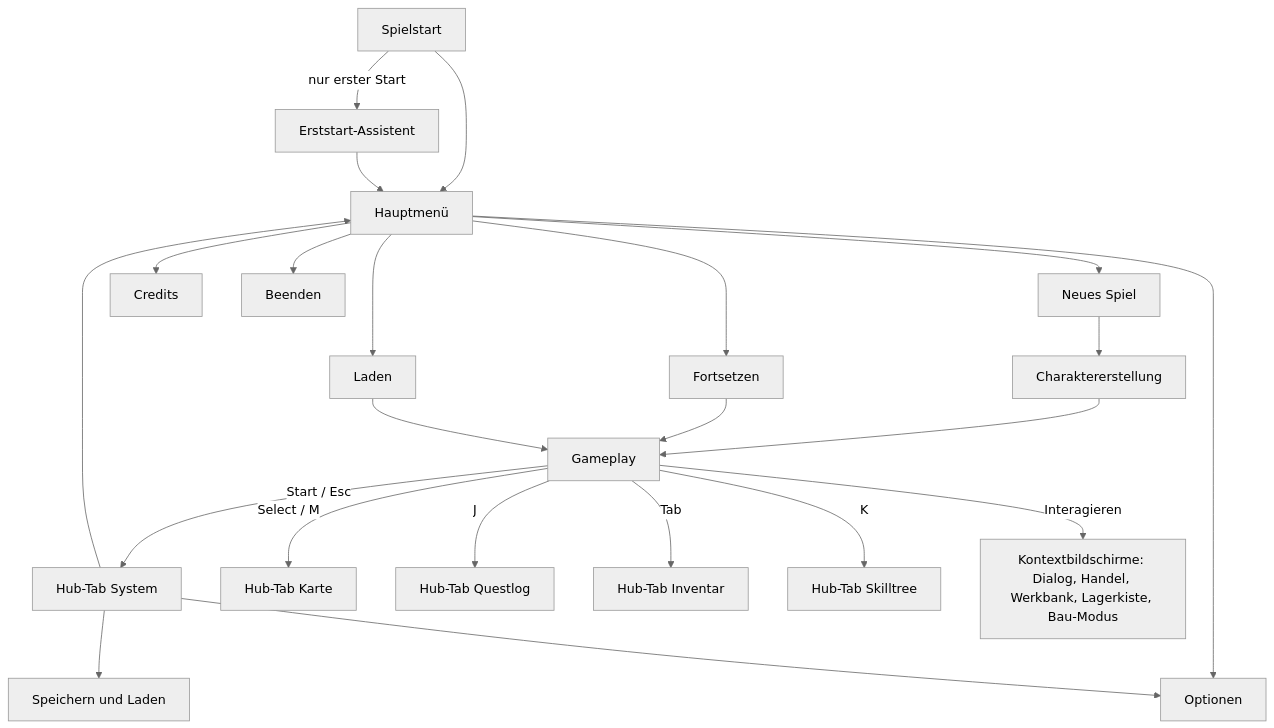
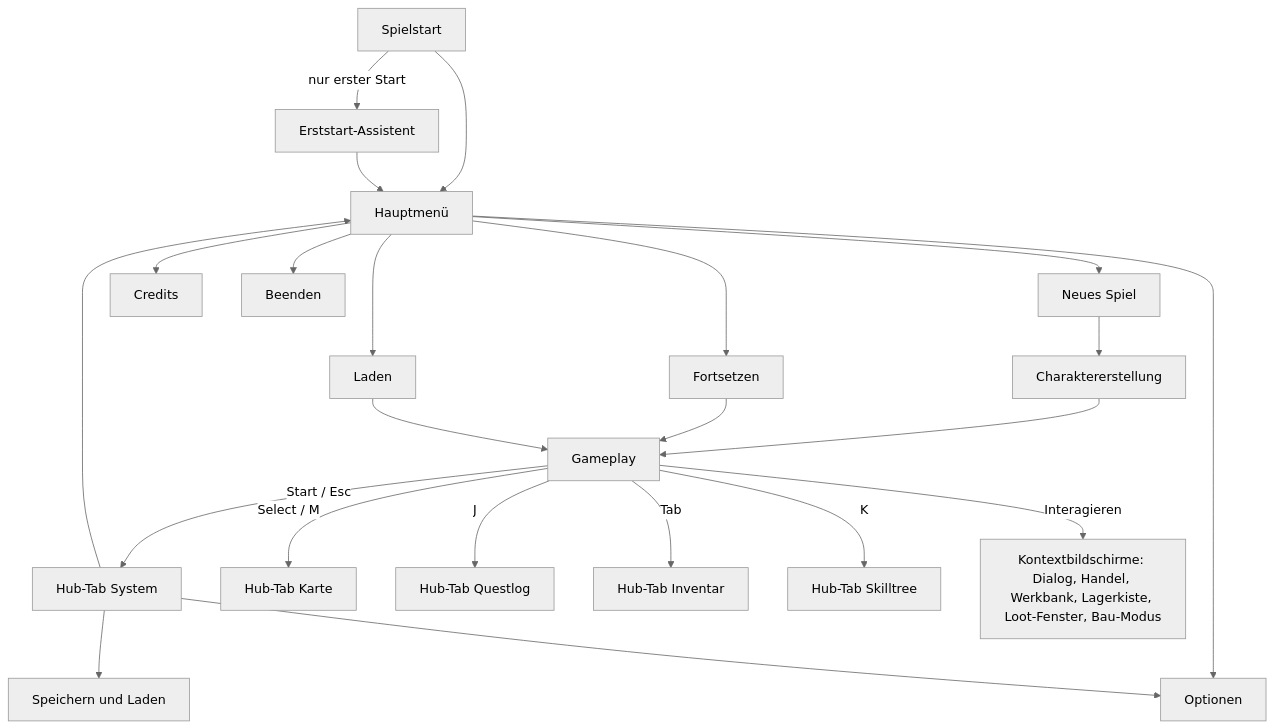
One commit to porcherliam-glitch/liam changed the first of 4 diagrams in docs/GDD/05_UI_Audio_Grafik_Barrierefreiheit.md. Above: the diagram before and after it, drawn with Mermaid (neutral theme). The commit also changed other lines of this file and 5 other files, not shown here.

````diff
--- a/docs/GDD/05_UI_Audio_Grafik_Barrierefreiheit.md
+++ b/docs/GDD/05_UI_Audio_Grafik_Barrierefreiheit.md
@@ -103,25 +106,25 @@
 ```mermaid
 flowchart TD
   BOOT["Spielstart"] -->|"nur erster Start"| EA["Erststart-Assistent"]
   BOOT --> HM["Hauptmenü"]
   EA --> HM
   HM --> NS["Neues Spiel"]
   NS --> CC["Charaktererstellung"]
   CC --> GP["Gameplay"]
   HM --> FS["Fortsetzen"]
   FS --> GP
   HM --> LD["Laden"]
   LD --> GP
   HM --> OP["Optionen"]
   HM --> CR["Credits"]
   HM --> EX["Beenden"]
   GP -->|"Start / Esc"| SYS["Hub-Tab System"]
   GP -->|"Select / M"| MAP["Hub-Tab Karte"]
   GP -->|"J"| QL["Hub-Tab Questlog"]
   GP -->|"Tab"| INV["Hub-Tab Inventar"]
   GP -->|"K"| SK["Hub-Tab Skilltree"]
-  GP -->|"Interagieren"| CTX["Kontextbildschirme: Dialog, Handel, Werkbank, Lagerkiste, Bau-Modus"]
+  GP -->|"Interagieren"| CTX["Kontextbildschirme: Dialog, Handel, Werkbank, Lagerkiste, Loot-Fenster, Bau-Modus"]
   SYS --> SL["Speichern und Laden"]
   SYS --> OP
   SYS --> HM
 ```
````
